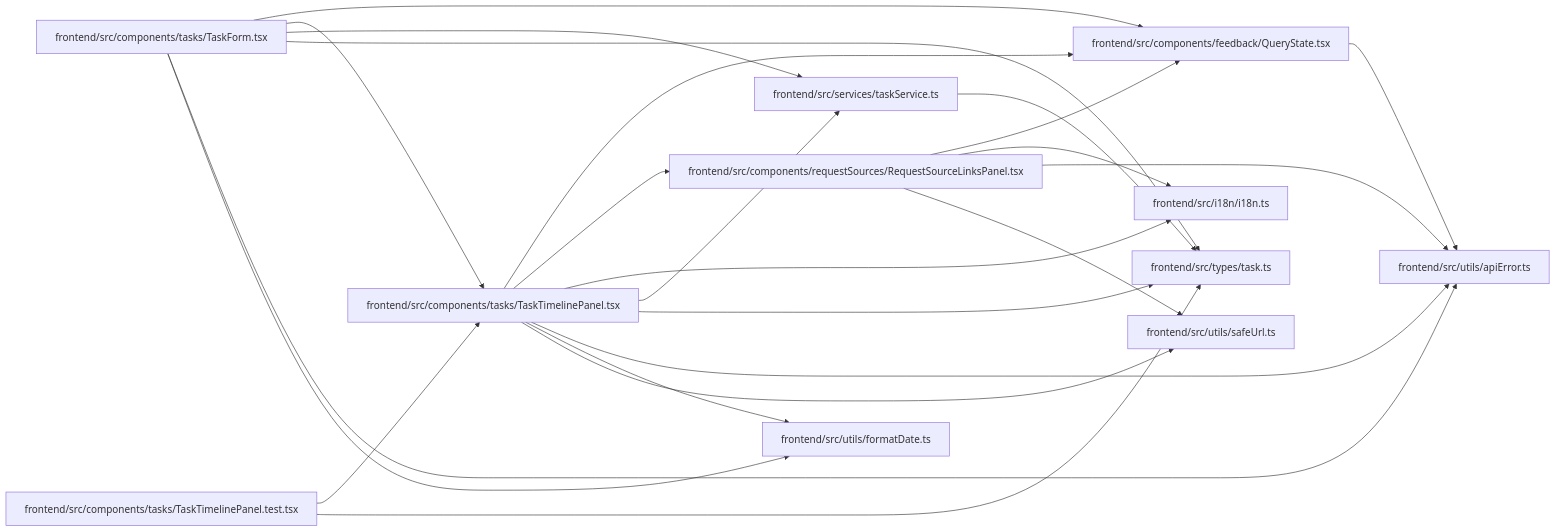
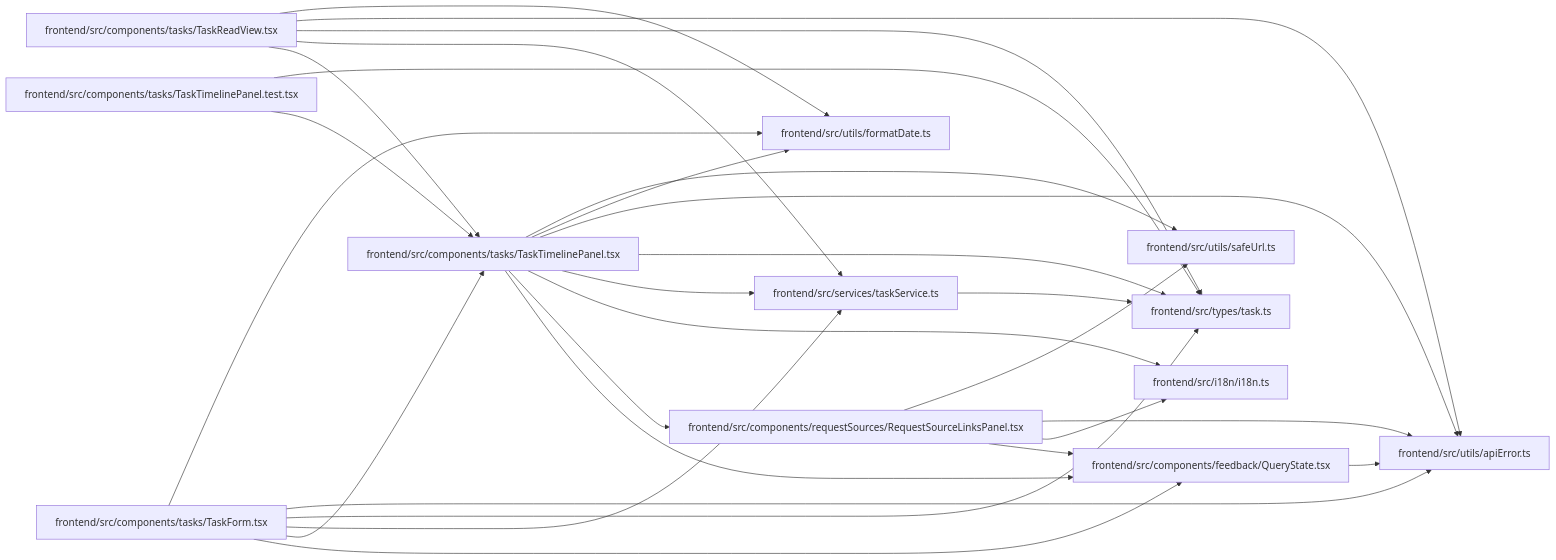
Before and after one commit to Denissvgn/WorkChord: the diagram in docs/llm_wiki/modules/TaskTimelinePanel.md, drawn with Mermaid. The commit also changed other lines of this file and 375 other files, not shown here.

Commit message:
docs(wiki): refresh for the read-first task view

````diff
--- a/docs/llm_wiki/modules/TaskTimelinePanel.md
+++ b/docs/llm_wiki/modules/TaskTimelinePanel.md
@@ -43,47 +43,54 @@
 ```mermaid
 flowchart LR
     n0["frontend/src/components/feedback/QueryState.tsx"]
     n1["frontend/src/components/requestSources/RequestSourceLinksPanel.tsx"]
     n2["frontend/src/components/tasks/TaskForm.tsx"]
-    n3["frontend/src/components/tasks/TaskTimelinePanel.test.tsx"]
-    n4["frontend/src/components/tasks/TaskTimelinePanel.tsx"]
-    n5["frontend/src/i18n/i18n.ts"]
-    n6["frontend/src/services/taskService.ts"]
-    n7["frontend/src/types/task.ts"]
-    n8["frontend/src/utils/apiError.ts"]
-    n9["frontend/src/utils/formatDate.ts"]
-    n10["frontend/src/utils/safeUrl.ts"]
-    n0 --> n8
+    n3["frontend/src/components/tasks/TaskReadView.tsx"]
+    n4["frontend/src/components/tasks/TaskTimelinePanel.test.tsx"]
+    n5["frontend/src/components/tasks/TaskTimelinePanel.tsx"]
+    n6["frontend/src/i18n/i18n.ts"]
+    n7["frontend/src/services/taskService.ts"]
+    n8["frontend/src/types/task.ts"]
+    n9["frontend/src/utils/apiError.ts"]
+    n10["frontend/src/utils/formatDate.ts"]
+    n11["frontend/src/utils/safeUrl.ts"]
+    n0 --> n9
     n1 --> n0
-    n1 --> n5
-    n1 --> n8
-    n1 --> n10
+    n1 --> n6
+    n1 --> n9
+    n1 --> n11
     n2 --> n0
-    n2 --> n4
-    n2 --> n6
+    n2 --> n5
     n2 --> n7
     n2 --> n8
     n2 --> n9
-    n3 --> n4
+    n2 --> n10
+    n3 --> n5
     n3 --> n7
-    n4 --> n0
-    n4 --> n1
+    n3 --> n8
+    n3 --> n9
+    n3 --> n10
     n4 --> n5
-    n4 --> n6
-    n4 --> n7
     n4 --> n8
-    n4 --> n9
-    n4 --> n10
-    n6 --> n7
+    n5 --> n0
+    n5 --> n1
+    n5 --> n6
+    n5 --> n7
+    n5 --> n8
+    n5 --> n9
+    n5 --> n10
+    n5 --> n11
+    n7 --> n8
     click n0 "../modules/QueryState.md"
     click n1 "../modules/RequestSourceLinksPanel.md"
     click n2 "../modules/TaskForm.md"
-    click n3 "../modules/TaskTimelinePanel.test.md"
-    click n4 "../modules/TaskTimelinePanel.md"
-    click n5 "../modules/i18n.md"
-    click n6 "../modules/taskService.md"
-    click n7 "../modules/types_task.md"
-    click n8 "../modules/apiError.md"
-    click n9 "../modules/formatDate.md"
-    click n10 "../modules/safeUrl.md"
+    click n3 "../modules/TaskReadView.md"
+    click n4 "../modules/TaskTimelinePanel.test.md"
+    click n5 "../modules/TaskTimelinePanel.md"
+    click n6 "../modules/i18n.md"
+    click n7 "../modules/taskService.md"
+    click n8 "../modules/types_task.md"
+    click n9 "../modules/apiError.md"
+    click n10 "../modules/formatDate.md"
+    click n11 "../modules/safeUrl.md"
 ```
````
